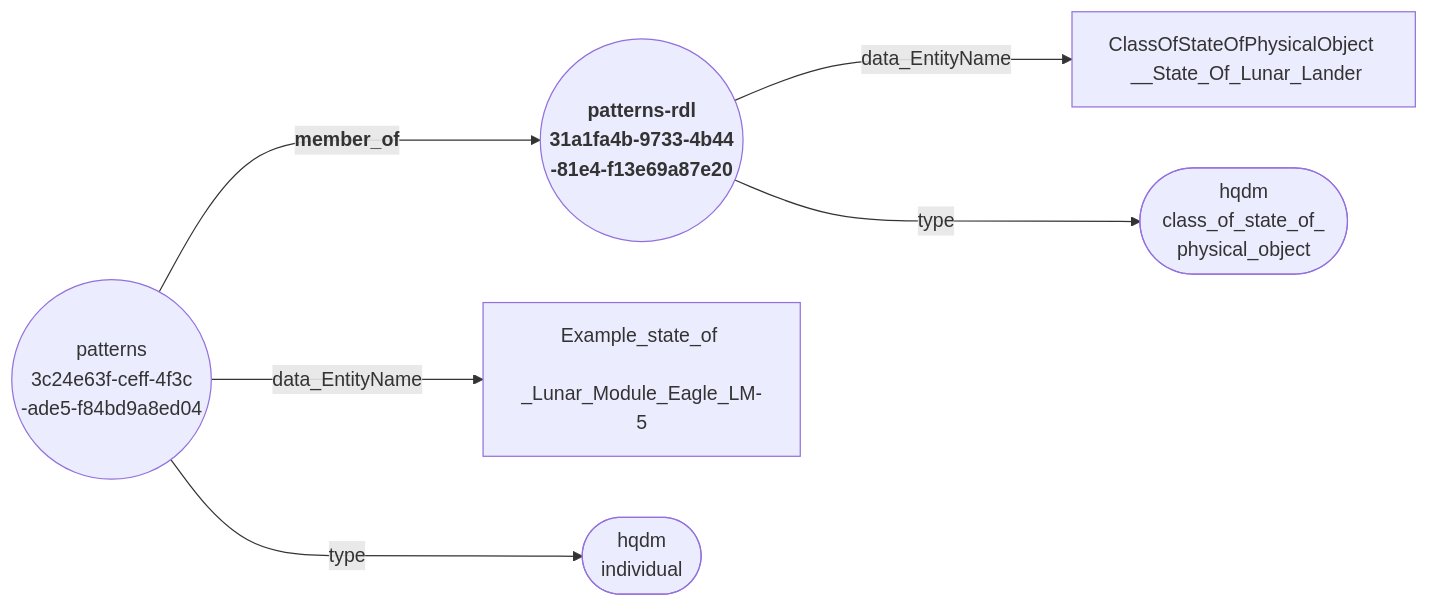
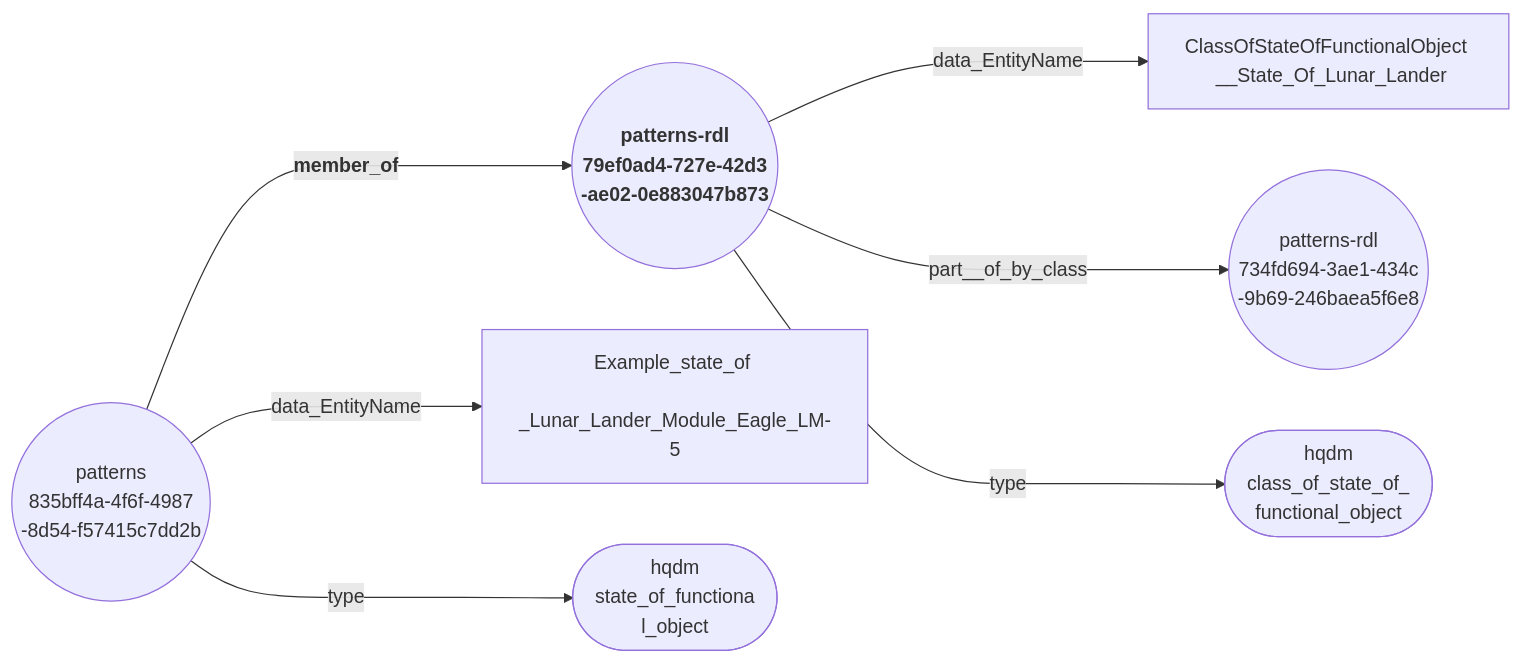
Before and after one commit to ClimbingAl/HqdmPatterns: the diagram in docs/extras/example-files/member_ofNodeEdgeGraph.mermaid, drawn with Mermaid. The commit also changed 53 other files, not shown here.

````diff
--- a/docs/extras/example-files/member_ofNodeEdgeGraph.mermaid
+++ b/docs/extras/example-files/member_ofNodeEdgeGraph.mermaid
@@ -1,8 +1,9 @@
 ``` mermaid
 graph LR
-  3c24e63f-ceff-4f3c-ade5-f84bd9a8ed04(("patterns <br> 3c24e63f-ceff-4f3c <br> -ade5-f84bd9a8ed04"))--->|"<b> member_of"|31a1fa4b-9733-4b44-81e4-f13e69a87e20(("<b> patterns-rdl <br> 31a1fa4b-9733-4b44 <br> -81e4-f13e69a87e20"));
-  3c24e63f-ceff-4f3c-ade5-f84bd9a8ed04(("patterns <br> 3c24e63f-ceff-4f3c <br> -ade5-f84bd9a8ed04"))--->|"data_EntityName"|Example_state_of_Lunar_Module_Eagle_LM-5["Example_state_of <br> _Lunar_Module_Eagle_LM-5"];
-  3c24e63f-ceff-4f3c-ade5-f84bd9a8ed04(("patterns <br> 3c24e63f-ceff-4f3c <br> -ade5-f84bd9a8ed04"))--->|"type"|individual(["hqdm <br> individual"]);
-  31a1fa4b-9733-4b44-81e4-f13e69a87e20(("<b> patterns-rdl <br> 31a1fa4b-9733-4b44 <br> -81e4-f13e69a87e20"))--->|"data_EntityName"|ClassOfStateOfPhysicalObject__State_Of_Lunar_Lander["ClassOfStateOfPhysicalObject <br> __State_Of_Lunar_Lander"];
-  31a1fa4b-9733-4b44-81e4-f13e69a87e20(("<b> patterns-rdl <br> 31a1fa4b-9733-4b44 <br> -81e4-f13e69a87e20"))--->|"type"|class_of_state_of_physical_object(["hqdm <br> class_of_state_of_ <br> physical_object"]);
+  835bff4a-4f6f-4987-8d54-f57415c7dd2b(("patterns <br> 835bff4a-4f6f-4987 <br> -8d54-f57415c7dd2b"))--->|"<b> member_of"|79ef0ad4-727e-42d3-ae02-0e883047b873(("<b> patterns-rdl <br> 79ef0ad4-727e-42d3 <br> -ae02-0e883047b873"));
+  835bff4a-4f6f-4987-8d54-f57415c7dd2b(("patterns <br> 835bff4a-4f6f-4987 <br> -8d54-f57415c7dd2b"))--->|"data_EntityName"|Example_state_of_Lunar_Lander_Module_Eagle_LM-5["Example_state_of <br> _Lunar_Lander_Module_Eagle_LM-5"];
+  835bff4a-4f6f-4987-8d54-f57415c7dd2b(("patterns <br> 835bff4a-4f6f-4987 <br> -8d54-f57415c7dd2b"))--->|"type"|state_of_functional_object(["hqdm <br> state_of_functiona <br> l_object"]);
+  79ef0ad4-727e-42d3-ae02-0e883047b873(("<b> patterns-rdl <br> 79ef0ad4-727e-42d3 <br> -ae02-0e883047b873"))--->|"data_EntityName"|ClassOfStateOfFunctionalObject__State_Of_Lunar_Lander["ClassOfStateOfFunctionalObject <br> __State_Of_Lunar_Lander"];
+  79ef0ad4-727e-42d3-ae02-0e883047b873(("<b> patterns-rdl <br> 79ef0ad4-727e-42d3 <br> -ae02-0e883047b873"))--->|"part__of_by_class"|734fd694-3ae1-434c-9b69-246baea5f6e8(("patterns-rdl <br> 734fd694-3ae1-434c <br> -9b69-246baea5f6e8"));
+  79ef0ad4-727e-42d3-ae02-0e883047b873(("<b> patterns-rdl <br> 79ef0ad4-727e-42d3 <br> -ae02-0e883047b873"))--->|"type"|class_of_state_of_functional_object(["hqdm <br> class_of_state_of_ <br> functional_object"]);
 ```
````
